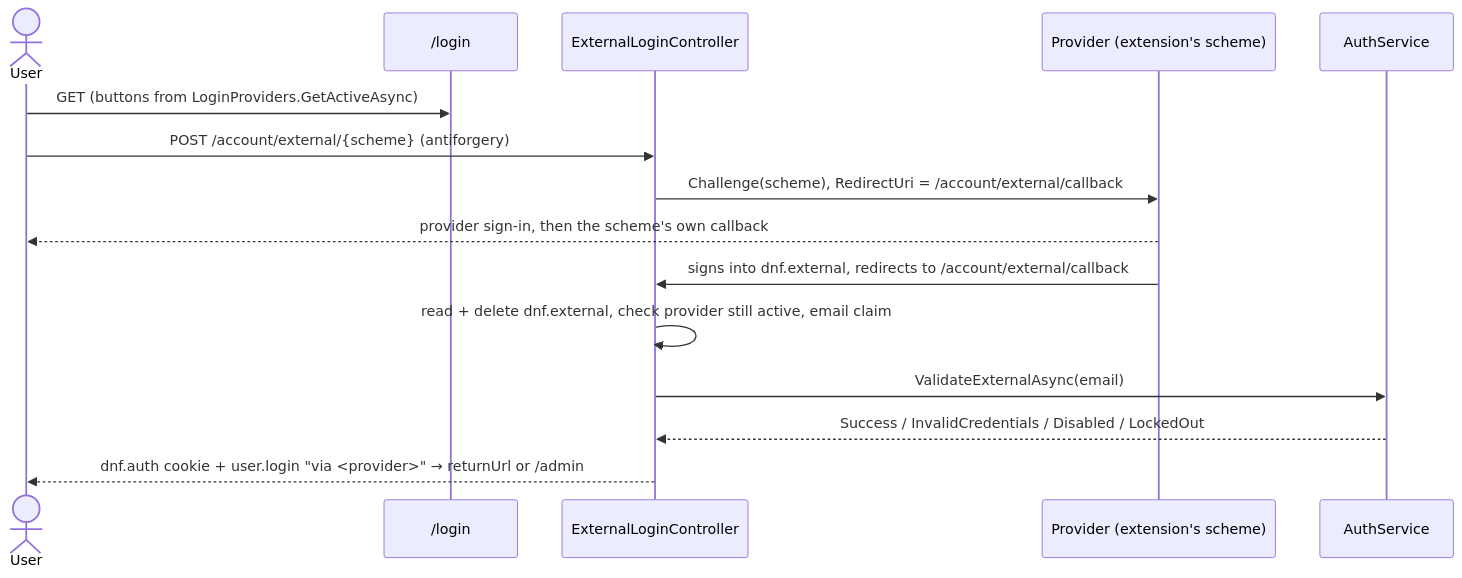
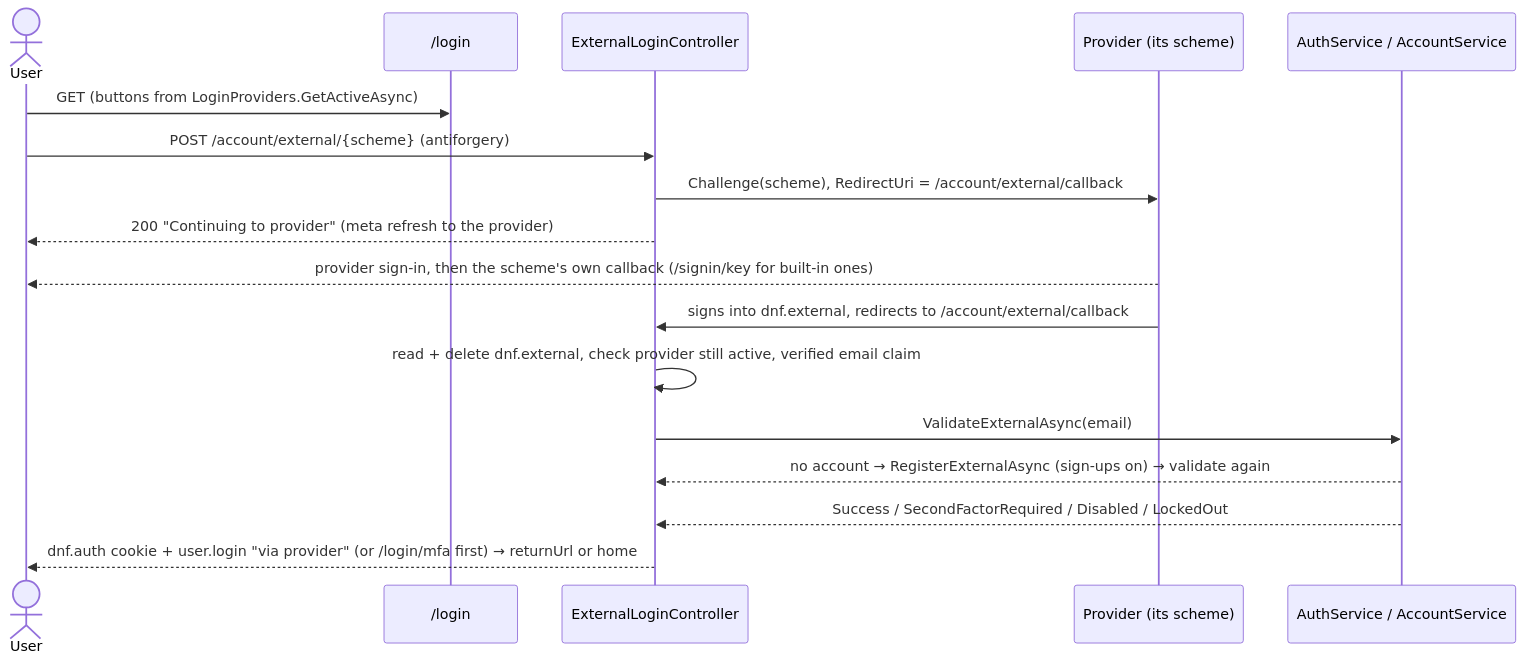
Before and after one commit to Albadit/DotNetForge: the second of 2 diagrams in .docs/features/authentication.md, drawn with Mermaid. The commit also changed other lines of this file and 143 other files, not shown here.

````diff
--- a/.docs/features/authentication.md
+++ b/.docs/features/authentication.md
@@ -117,17 +193,19 @@
 ```mermaid
 sequenceDiagram
     actor U as User
     participant L as /login
     participant X as ExternalLoginController
-    participant P as Provider (extension's scheme)
-    participant A as AuthService
+    participant P as Provider (its scheme)
+    participant A as AuthService / AccountService
     U->>L: GET (buttons from LoginProviders.GetActiveAsync)
     U->>X: POST /account/external/{scheme} (antiforgery)
     X->>P: Challenge(scheme), RedirectUri = /account/external/callback
-    P-->>U: provider sign-in, then the scheme's own callback
+    X-->>U: 200 "Continuing to provider" (meta refresh to the provider)
+    P-->>U: provider sign-in, then the scheme's own callback (/signin/key for built-in ones)
     P->>X: signs into dnf.external, redirects to /account/external/callback
-    X->>X: read + delete dnf.external, check provider still active, email claim
+    X->>X: read + delete dnf.external, check provider still active, verified email claim
     X->>A: ValidateExternalAsync(email)
-    A-->>X: Success / InvalidCredentials / Disabled / LockedOut
-    X-->>U: dnf.auth cookie + user.login "via <provider>" → returnUrl or /admin
+    A-->>X: no account → RegisterExternalAsync (sign-ups on) → validate again
+    A-->>X: Success / SecondFactorRequired / Disabled / LockedOut
+    X-->>U: dnf.auth cookie + user.login "via provider" (or /login/mfa first) → returnUrl or home
 ```
````
